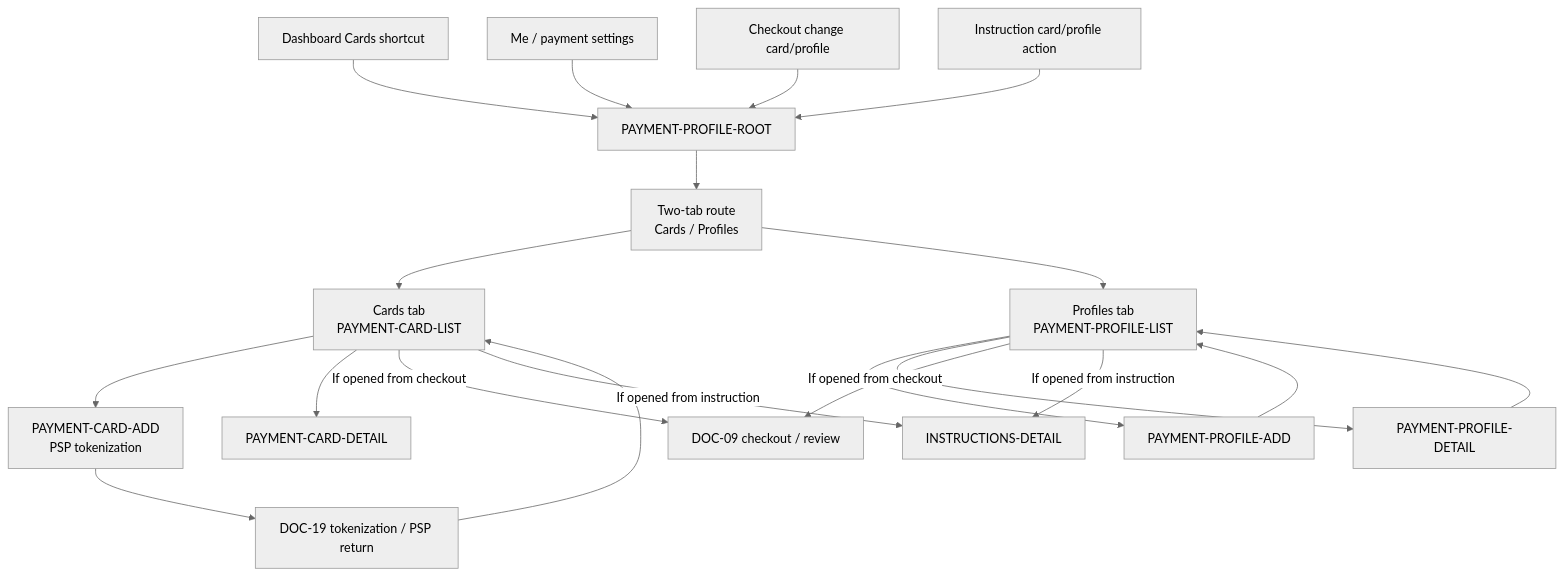
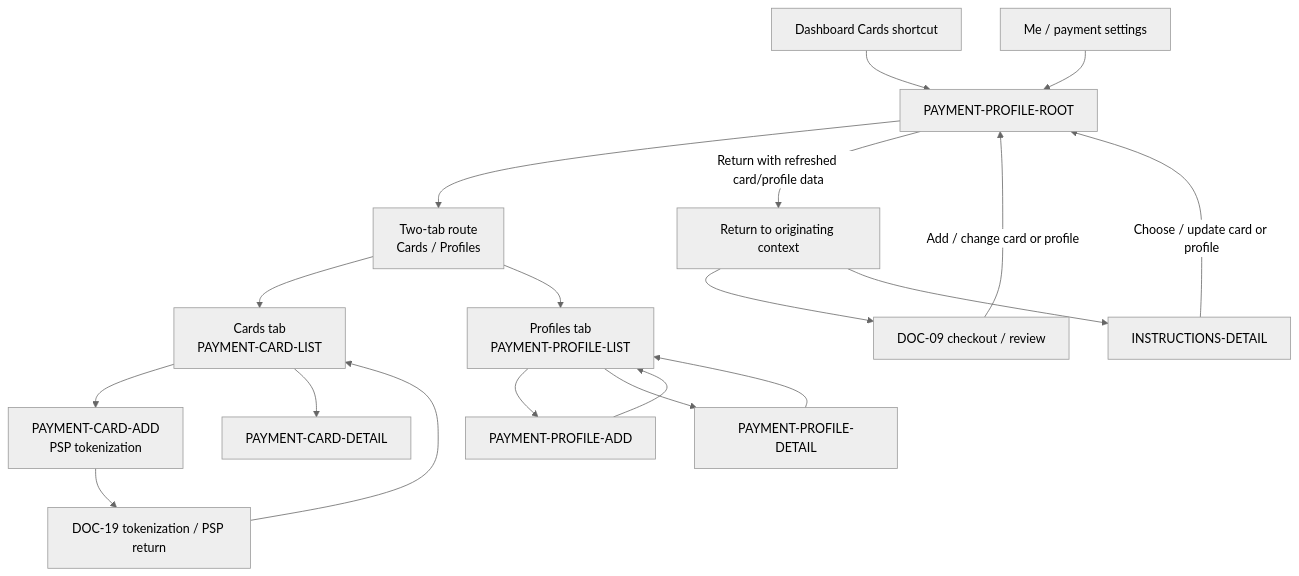
The fifth of 5 diagrams in docs/diagrams/payplus-app-route-entry-map.md (adminpayplus/payplus-docs), drawn with Mermaid (neutral theme) before and after one commit. The commit also changed other lines of this file, not shown here.

Commit message:
Clarify payment profile route handoff chart

````diff
--- a/docs/diagrams/payplus-app-route-entry-map.md
+++ b/docs/diagrams/payplus-app-route-entry-map.md
@@ -137,27 +140,26 @@
 ```mermaid
 flowchart TD
   ENTRY1["Dashboard Cards shortcut"] --> PPROOT["PAYMENT-PROFILE-ROOT"]
   ENTRY2["Me / payment settings"] --> PPROOT
-  ENTRY3["Checkout change card/profile"] --> PPROOT
-  ENTRY4["Instruction card/profile action"] --> PPROOT
+  CHECKOUT["DOC-09 checkout / review"] -->|"Add / change card or profile"| PPROOT
+  IDETAIL["INSTRUCTIONS-DETAIL"] -->|"Choose / update card or profile"| PPROOT
 
   PPROOT --> TABS["Two-tab route<br/>Cards / Profiles"]
   TABS --> CARDS["Cards tab<br/>PAYMENT-CARD-LIST"]
   TABS --> PROFILES["Profiles tab<br/>PAYMENT-PROFILE-LIST"]
 
   CARDS --> ADDCARD["PAYMENT-CARD-ADD<br/>PSP tokenization"]
   CARDS --> CARDDETAIL["PAYMENT-CARD-DETAIL"]
   PROFILES --> ADDPROFILE["PAYMENT-PROFILE-ADD"]
   PROFILES --> PROFILEDETAIL["PAYMENT-PROFILE-DETAIL"]
 
   ADDCARD --> TOKEN["DOC-19 tokenization / PSP return"]
   TOKEN --> CARDS
 
   ADDPROFILE --> PROFILES
   PROFILEDETAIL --> PROFILES
 
-  CARDS -->|"If opened from checkout"| CHECKOUT["DOC-09 checkout / review"]
-  PROFILES -->|"If opened from checkout"| CHECKOUT
-  CARDS -->|"If opened from instruction"| IDETAIL["INSTRUCTIONS-DETAIL"]
-  PROFILES -->|"If opened from instruction"| IDETAIL
+  PPROOT -->|"Return with refreshed card/profile data"| RETURN["Return to originating context"]
+  RETURN --> CHECKOUT
+  RETURN --> IDETAIL
 ```
````
